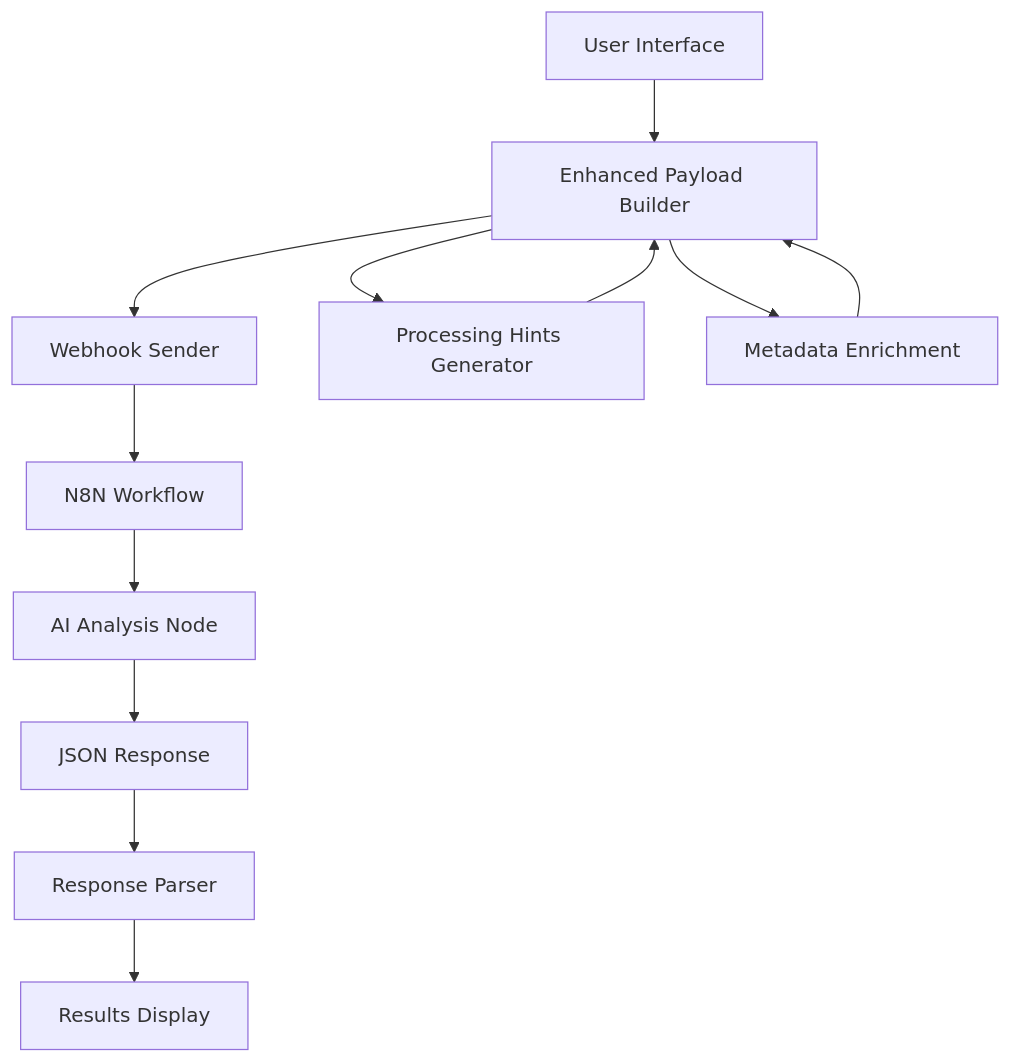
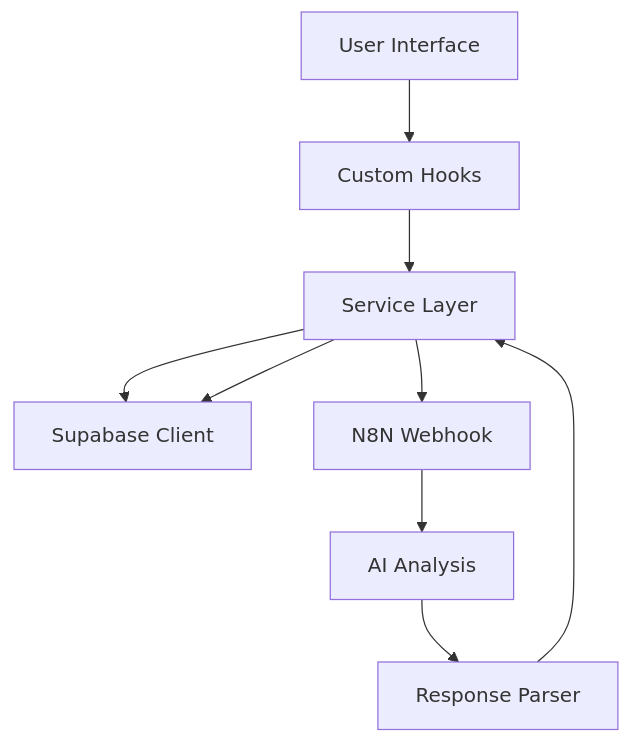
The diagram in docs/architecture/README.md (magnusfroste/lazyjames-research), drawn with Mermaid before and after one commit. The commit also changed other lines of this file, not shown here.

````diff
--- a/docs/architecture/README.md
+++ b/docs/architecture/README.md
@@ -7,15 +101,11 @@
 ```mermaid
 graph TD
-    A[User Interface] --> B[Enhanced Payload Builder]
-    B --> C[Webhook Sender]
-    C --> D[N8N Workflow]
-    D --> E[AI Analysis Node]
-    E --> F[JSON Response]
+    A[User Interface] --> B[Custom Hooks]
+    B --> C[Service Layer]
+    C --> D[Supabase Client]
+    C --> E[N8N Webhook]
+    E --> F[AI Analysis]
     F --> G[Response Parser]
-    G --> H[Results Display]
-    
-    B --> I[Processing Hints Generator]
-    B --> J[Metadata Enrichment]
-    I --> B
-    J --> B
+    G --> C
+    C --> D
 ```
````
